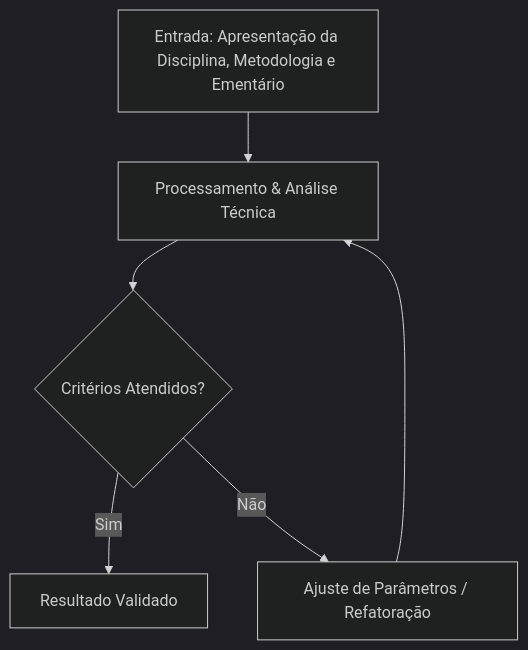
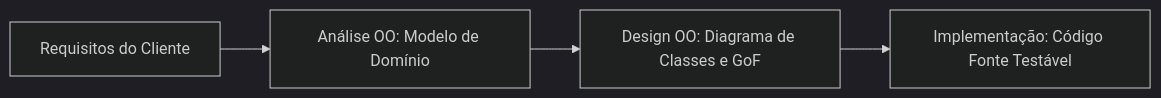
The diagram in content/pt-br/resource/Engenharia de Computação/6-periodo/analise-de-software-orientada-a-objetos/anotacoes/aula-00-apresentacao-da-disciplina-metodologia-e-ementario.md (pedroiff0/page), drawn with Mermaid (dark theme) before and after one commit. The commit also changed other lines of this file and 826 other files, not shown here.

````diff
--- a/content/pt-br/resource/Engenharia de Computação/6-periodo/analise-de-software-orientada-a-objetos/anotacoes/aula-00-apresentacao-da-disciplina-metodologia-e-ementario.md
+++ b/content/pt-br/resource/Engenharia de Computação/6-periodo/analise-de-software-orientada-a-objetos/anotacoes/aula-00-apresentacao-da-disciplina-metodologia-e-ementario.md
@@ -74,8 +83,6 @@
 ```mermaid
-flowchart TD
-    A[Entrada: Apresentação da Disciplina, Metodologia e Ementário] --> B[Processamento & Análise Técnica]
-    B --> C{Critérios Atendidos?}
-    C -- Sim --> D[Resultado Validado]
-    C -- Não --> E[Ajuste de Parâmetros / Refatoração]
-    E --> B
+flowchart LR
+    Req[Requisitos do Cliente] --> An[Análise OO: Modelo de Domínio]
+    An --> Des[Design OO: Diagrama de Classes e GoF]
+    Des --> Code[Implementação: Código Fonte Testável]
 ```
````
